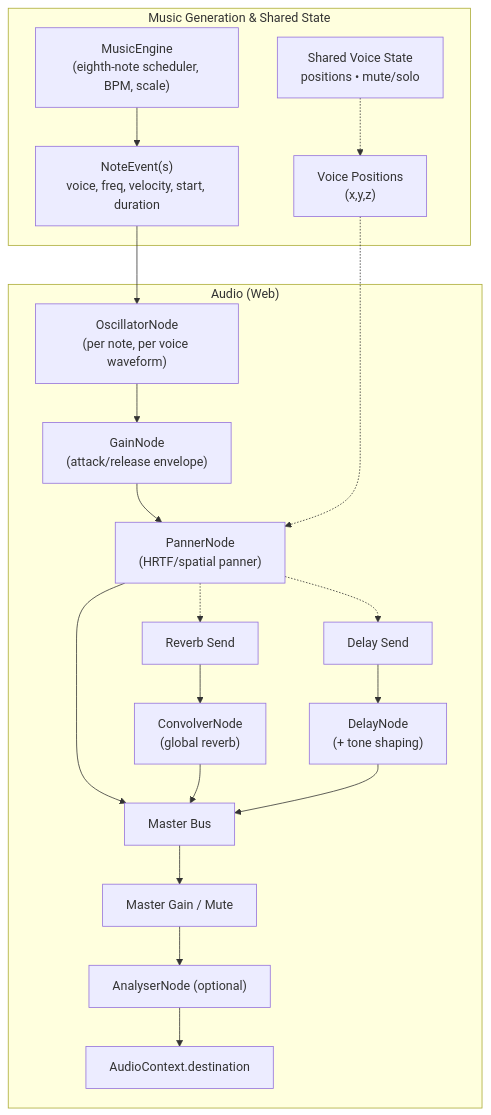
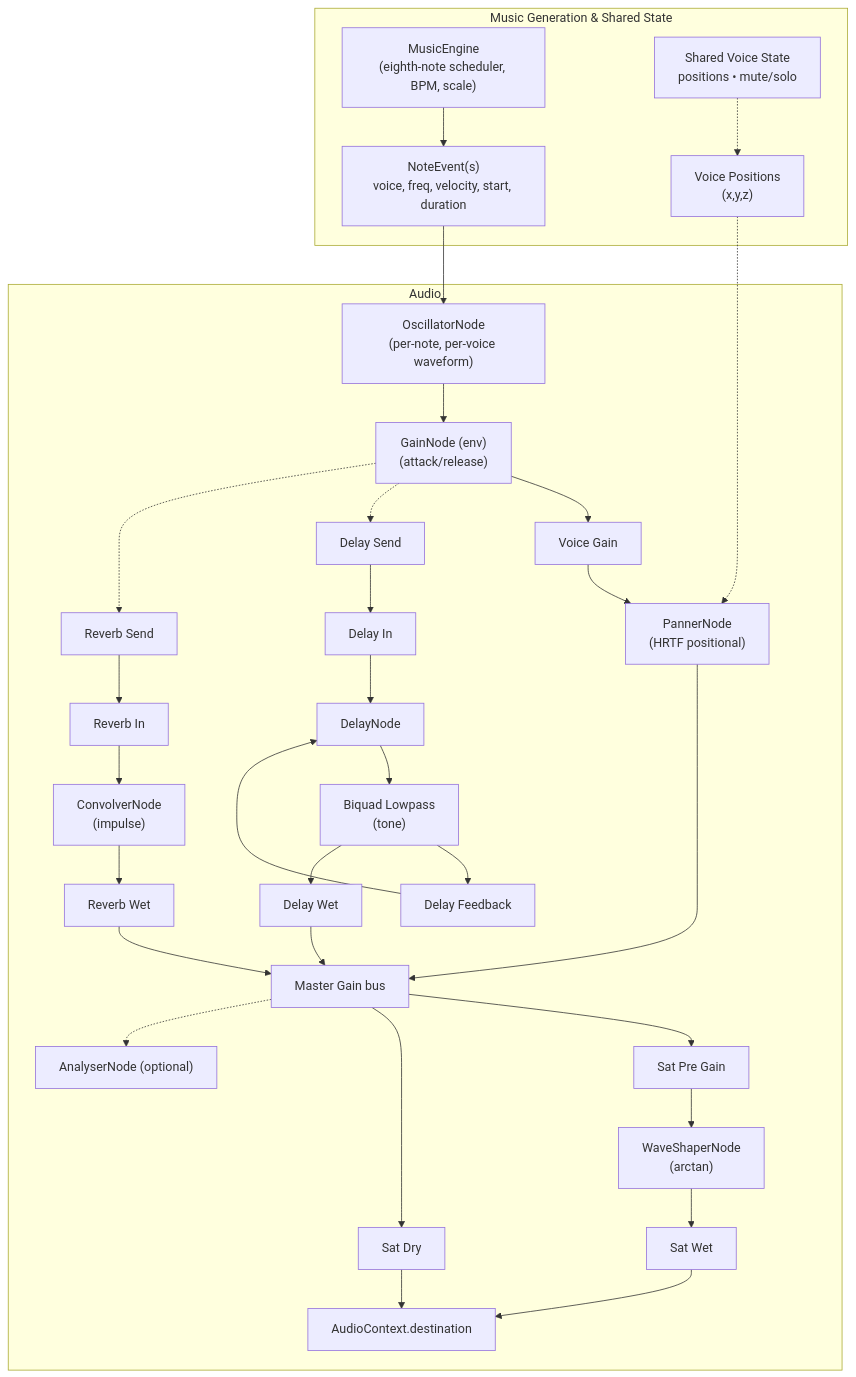
The diagram in docs/diagrams/audio.md (rgilks/geno-1), drawn with Mermaid before and after one commit. The commit also changed other lines of this file and 4 other files, not shown here.

Commit message:
docs: update audio/visual diagrams, add MDN/WebGPU references; remove docs/media and point README to live app https://geno-1.tre.systems/

````diff
--- a/docs/diagrams/audio.md
+++ b/docs/diagrams/audio.md
@@ -5,25 +5,52 @@
 ```mermaid
 graph TD
   %% Audio pipeline (Web)
   subgraph "Music Generation & Shared State"
     A["MusicEngine\n(eighth-note scheduler, BPM, scale)"]
     B["Shared Voice State\npositions • mute/solo"]
     A --> C["NoteEvent(s)\nvoice, freq, velocity, start, duration"]
     B -.-> D["Voice Positions\n(x,y,z)"]
   end
 
   %% Web Audio path
-  subgraph "Audio (Web)"
-    C --> W1["OscillatorNode\n(per note, per voice waveform)"]
-    W1 --> W2["GainNode\n(attack/release envelope)"]
-    W2 --> W3["PannerNode\n(HRTF/spatial panner)"]
-    D -.-> W3
-    W3 --> W4["Master Bus"]
-    W3 -.-> WS1["Reverb Send"]
-    WS1 --> WR["ConvolverNode\n(global reverb)"] --> W4
-    W3 -.-> WS2["Delay Send"]
-    WS2 --> WD["DelayNode\n(+ tone shaping)"] --> W4
-    W4 --> W5["Master Gain / Mute"] --> W6["AnalyserNode (optional)"] --> W7["AudioContext.destination"]
+  subgraph "Audio"
+    %% Per-note source and per-voice strip
+    C --> N1["OscillatorNode\n(per-note, per-voice waveform)"]
+    N1 --> V1["GainNode (env)\n(attack/release)"]
+    V1 --> VG["Voice Gain"]
+    VG --> P["PannerNode\n(HRTF positional)"]
+    D -.-> P
+    P --> M["Master Gain bus"]
+
+    %% Pre-panner effect sends (per voice)
+    V1 -.-> DS["Delay Send"]
+    V1 -.-> RS["Reverb Send"]
+    DS --> DI["Delay In"]
+    RS --> RI["Reverb In"]
+
+    %% Delay bus with feedback and tone shaping
+    DI --> DL["DelayNode"]
+    DL --> LT["Biquad Lowpass\n(tone)"]
+    LT --> DF["Delay Feedback"]
+    DF --> DL
+    LT --> DW["Delay Wet"]
+    DW --> M
+
+    %% Reverb bus
+    RI --> CV["ConvolverNode\n(impulse)"]
+    CV --> RW["Reverb Wet"]
+    RW --> M
+
+    %% Master saturation and output (wet/dry mix)
+    M --> SP["Sat Pre Gain"]
+    SP --> WS["WaveShaperNode\n(arctan)"]
+    WS --> SW["Sat Wet"]
+    SW --> DEST["AudioContext.destination"]
+    M --> SD["Sat Dry"]
+    SD --> DEST
+
+    %% Optional analyser tap (for visuals only)
+    M -.-> AN["AnalyserNode (optional)"]
   end
-  
+
 ```
````
